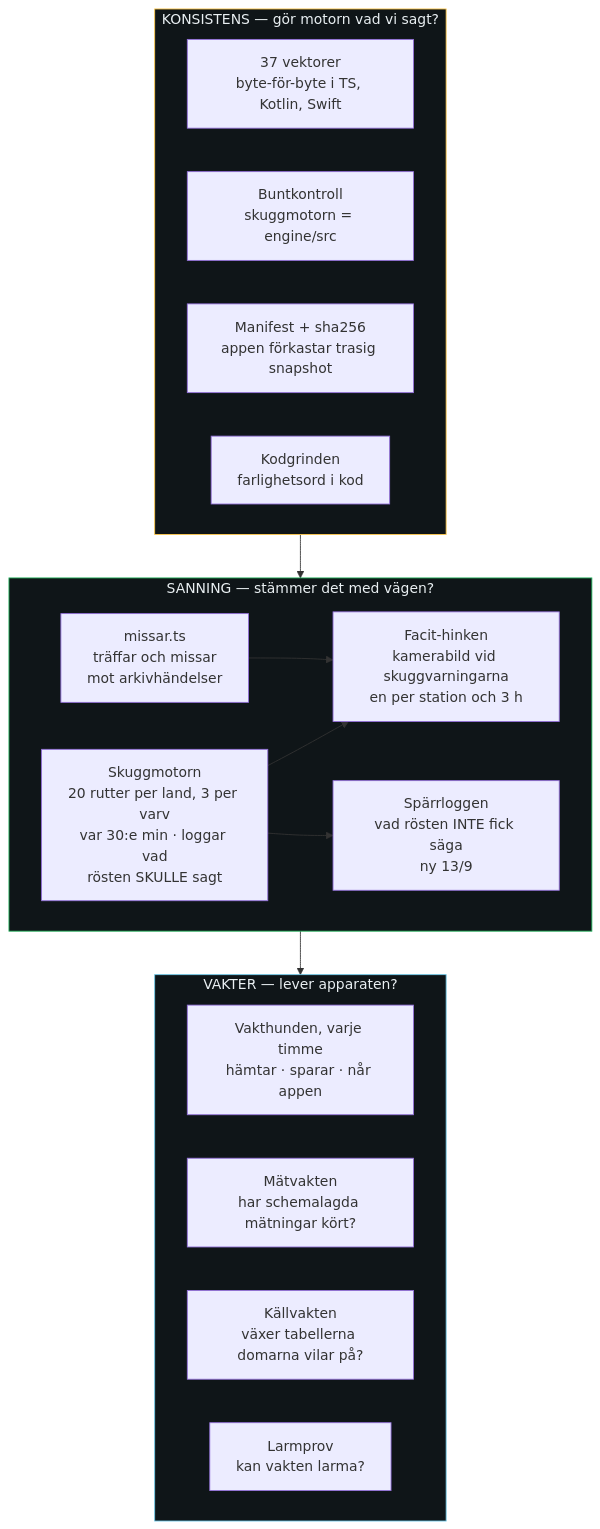
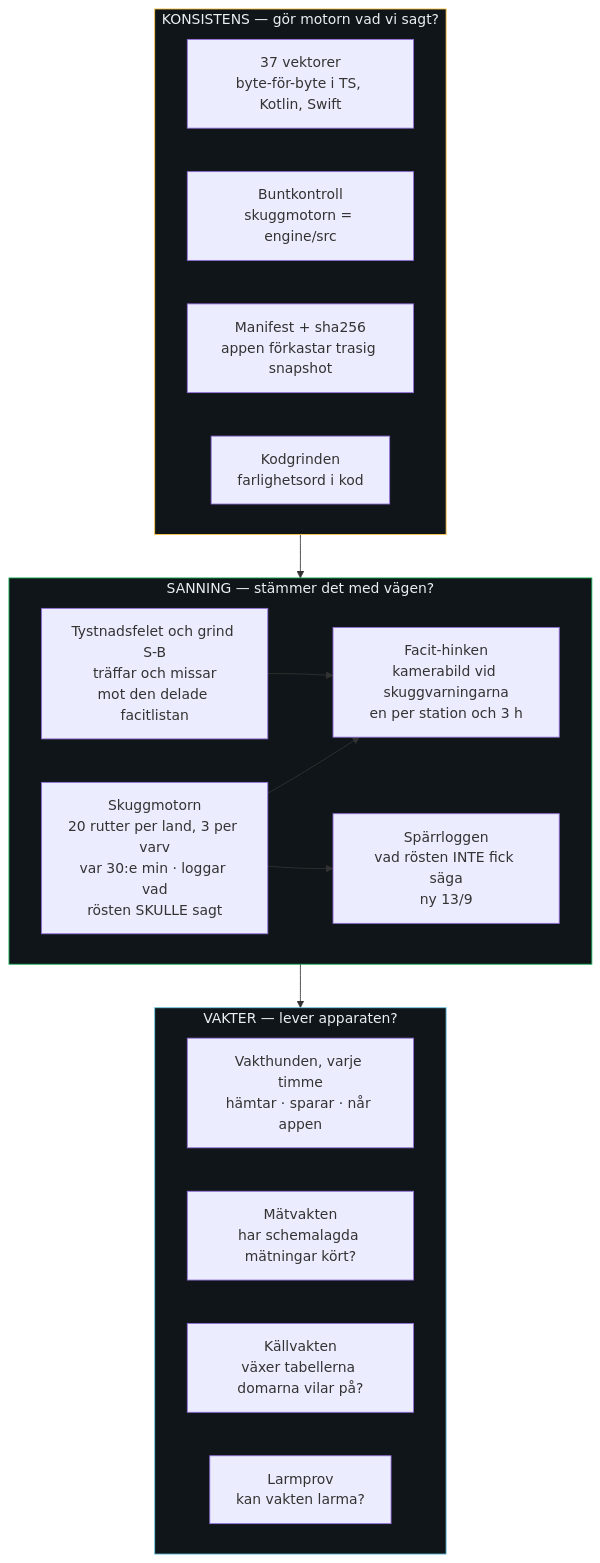
Before and after one commit to Axelstar/Halkvakt: the fourth of 4 diagrams in docs/PRODUKTBOK.md, drawn with Mermaid. The commit also changed 13 other files, not shown here.

````diff
--- a/docs/PRODUKTBOK.md
+++ b/docs/PRODUKTBOK.md
@@ -300,29 +300,29 @@
 ```mermaid
 flowchart TB
     subgraph K[KONSISTENS — gör motorn vad vi sagt?]
         V[37 vektorer<br/>byte-för-byte i TS, Kotlin, Swift]
         B[Buntkontroll<br/>skuggmotorn = engine/src]
         MS[Manifest + sha256<br/>appen förkastar trasig snapshot]
         KG[Kodgrinden<br/>farlighetsord i kod]
     end
     subgraph S[SANNING — stämmer det med vägen?]
         SM[Skuggmotorn<br/>20 rutter per land, 3 per varv<br/>var 30:e min · loggar vad<br/>rösten SKULLE sagt]
         FH[Facit-hinken<br/>kamerabild vid skuggvarningarna<br/>en per station och 3 h]
-        MI[missar.ts<br/>träffar och missar<br/>mot arkivhändelser]
+        MI[Tystnadsfelet och grind S-B<br/>träffar och missar<br/>mot den delade facitlistan]
         SU[Spärrloggen<br/>vad rösten INTE fick säga<br/>ny 13/9]
     end
     subgraph V2[VAKTER — lever apparaten?]
         VH[Vakthunden, varje timme<br/>hämtar · sparar · når appen]
         MV[Mätvakten<br/>har schemalagda mätningar kört?]
         KV[Källvakten<br/>växer tabellerna domarna vilar på?]
         LP[Larmprov<br/>kan vakten larma?]
     end
     K --> S
     S --> V2
     SM --> FH
     SM --> SU
     MI --> FH
     style K fill:#0F1518,color:#E9EFF2,stroke:#FFC94A
     style S fill:#0F1518,color:#E9EFF2,stroke:#1FB25A
     style V2 fill:#0F1518,color:#E9EFF2,stroke:#6EC9E8
 ```
````
